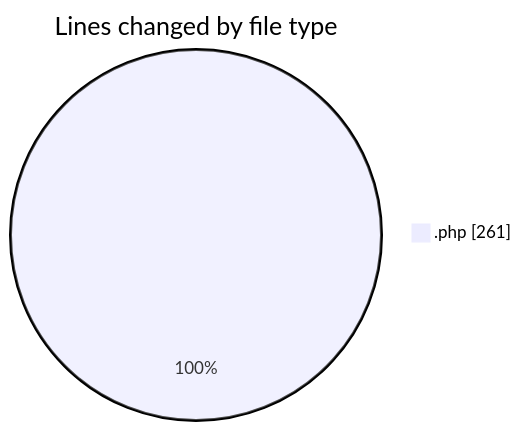
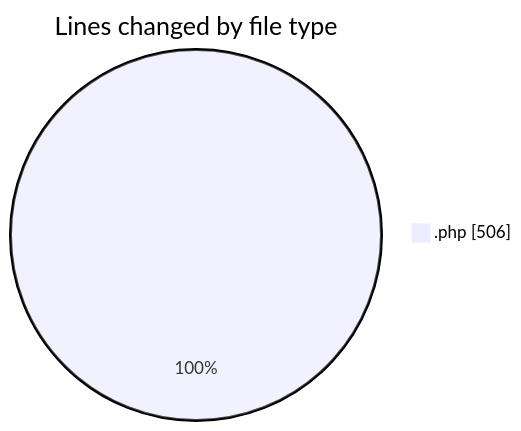
Before and after one commit to LanceThiago/code-tracking: the first of 2 diagrams in 2026-09-09/web/README.md, drawn with Mermaid. The commit also changed other lines of this file and 1 other file, not shown here.

````diff
--- a/2026-09-09/web/README.md
+++ b/2026-09-09/web/README.md
@@ -21,5 +22,5 @@
 ```mermaid
 pie showData
 title Lines changed by file type
-".php" : 261
+".php" : 506
 ```
````
